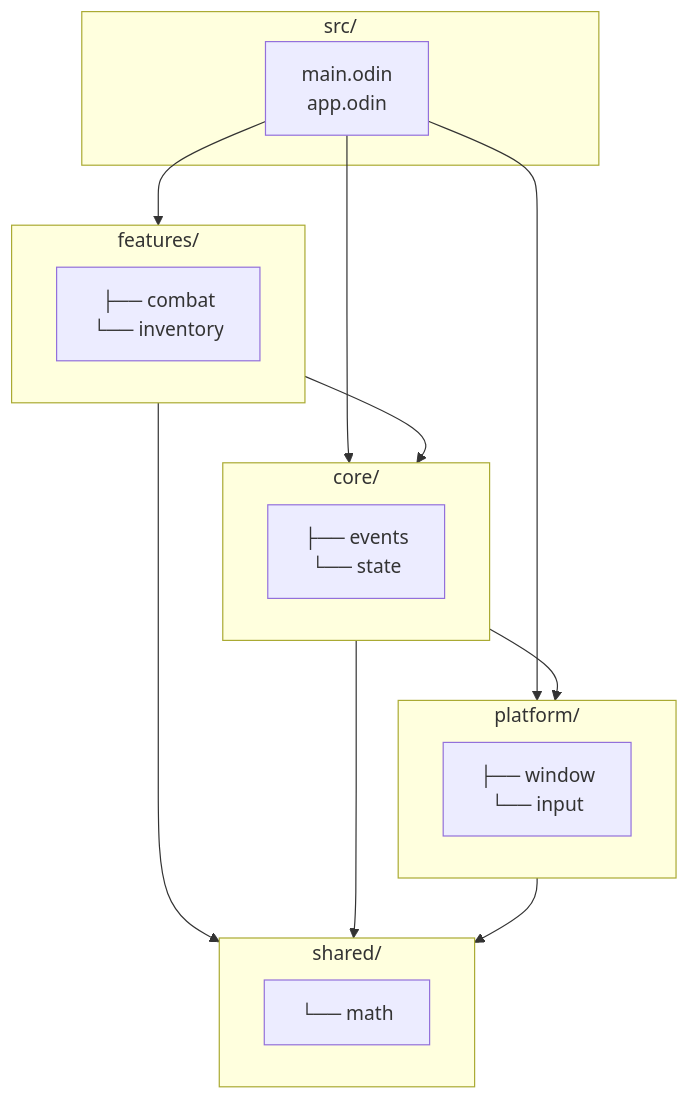
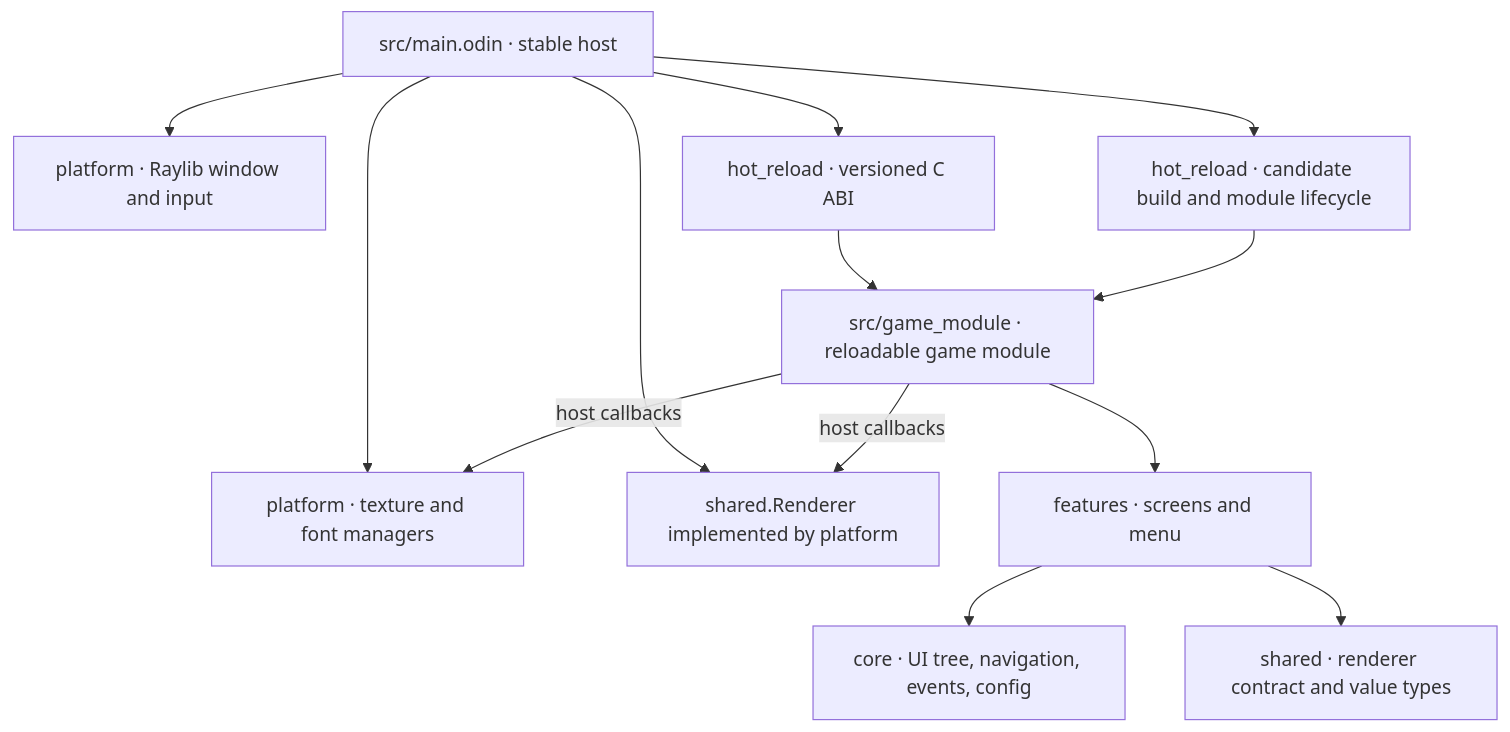
Before and after one commit to Tsarbomba69-com/formula_arcana: the diagram in docs/ARCHITECTURE.md, drawn with Mermaid. The commit also changed other lines of this file and 14 other files, not shown here.

````diff
--- a/docs/ARCHITECTURE.md
+++ b/docs/ARCHITECTURE.md
@@ -115,37 +28,15 @@
 ```mermaid
-graph TD
-    %% Top Entry Level
-    subgraph Root["src/"]
-        MainApp["main.odin<br/>app.odin"]
-    end
-
-    %% Middle Layer Modules
-    subgraph Features["features/"]
-        FeaturesContent["├── combat<br/>└── inventory"]
-    end
-
-    subgraph Core["core/"]
-        CoreContent["├── events<br/>└── state"]
-    end
-
-    subgraph Platform["platform/"]
-        PlatformContent["├── window<br/>└── input"]
-    end
-
-    %% Bottom Shared Level
-    subgraph Shared["shared/"]
-        SharedContent["└── math"]
-    end
-
-    %% Dependencies & Flows
-    MainApp --> Features
-    MainApp --> Core
-    MainApp --> Platform
-
-    Features --> Core
-    Core --> Platform
-
-    Features --> Shared
-    Core --> Shared
-    Platform --> Shared
+flowchart TD
+    Main["src/main.odin · stable host"] --> Window["platform · Raylib window and input"]
+    Main --> Managers["platform · texture and font managers"]
+    Main --> Renderer["shared.Renderer implemented by platform"]
+    Main --> Reload["hot_reload · candidate build and module lifecycle"]
+    Main --> ABI["hot_reload · versioned C ABI"]
+    ABI --> Module["src/game_module · reloadable game module"]
+    Module --> Features["features · screens and menu"]
+    Features --> Core["core · UI tree, navigation, events, config"]
+    Features --> Shared["shared · renderer contract and value types"]
+    Reload --> Module
+    Module -->|"host callbacks"| Managers
+    Module -->|"host callbacks"| Renderer
 ```
````
